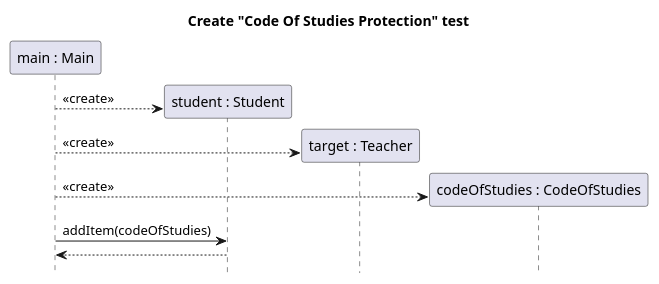
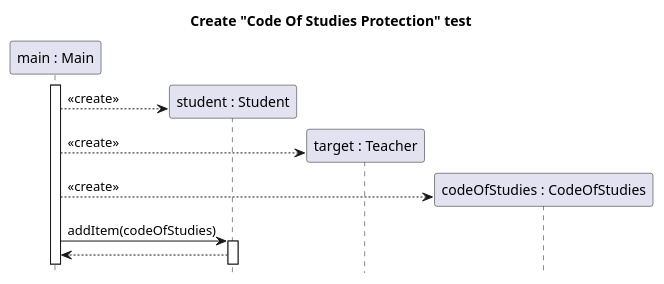
Before and after one commit to sn4k3ch4rm3r/logarlec: the diagram in docs/diagrams/test-create-sequence/student_use_code_of_studies_create.puml, drawn with PlantUML. The commit also changed 22 other files, not shown here.

Commit message:
Modified and added sequence diagrams

```diff
--- a/docs/diagrams/test-create-sequence/student_use_code_of_studies_create.puml
+++ b/docs/diagrams/test-create-sequence/student_use_code_of_studies_create.puml
@@ -1,20 +1,21 @@
 @startuml item-code-of-studies-use-create
 
 title Create "Code Of Studies Protection" test
 hide footbox
 
 participant "main : Main" as main
 participant "student : Student" as student
 participant "target : Teacher" as target
 participant "codeOfStudies : CodeOfStudies" as codeOfStudies
 
+main++
 create student
 main --> student : <<create>>
 create target
 main --> target : <<create>>
 create codeOfStudies
 main --> codeOfStudies : <<create>>
-main -> student : addItem(codeOfStudies)
+main -> student ++ : addItem(codeOfStudies)
 student --> main
 
 @enduml
```
